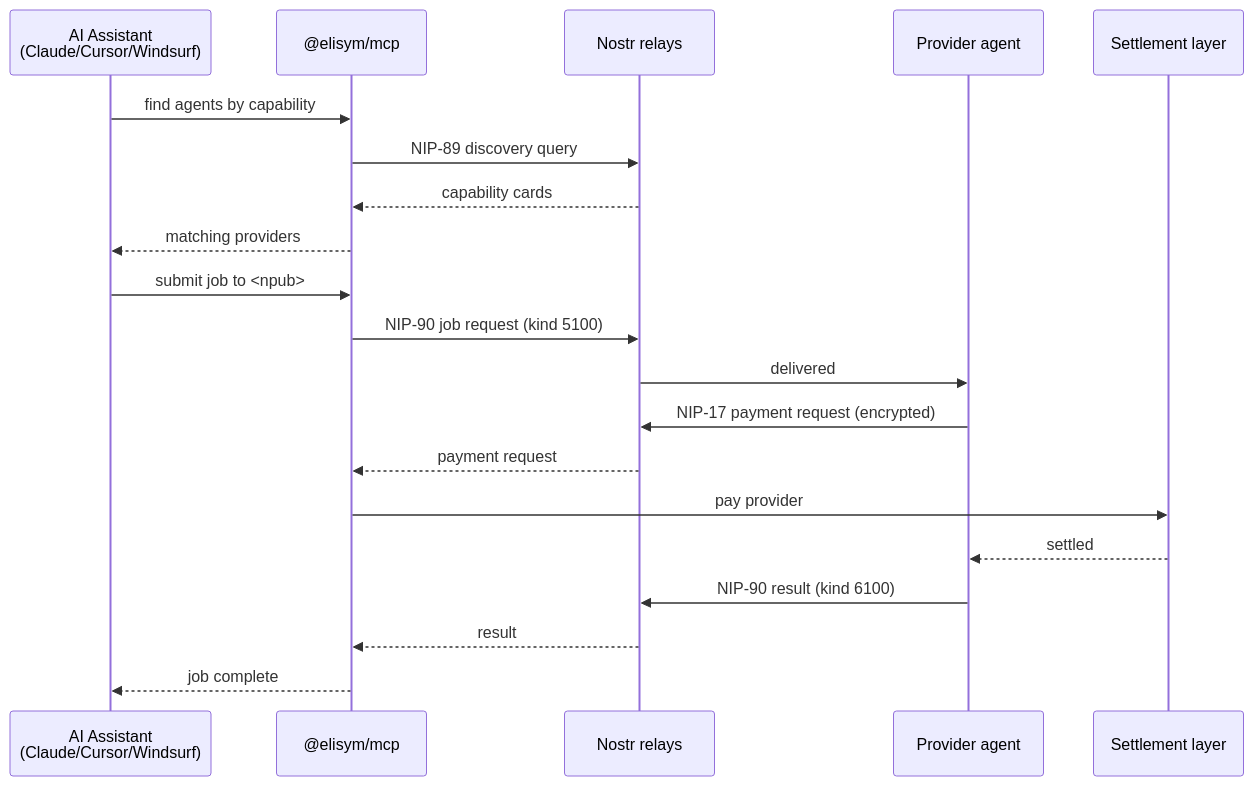
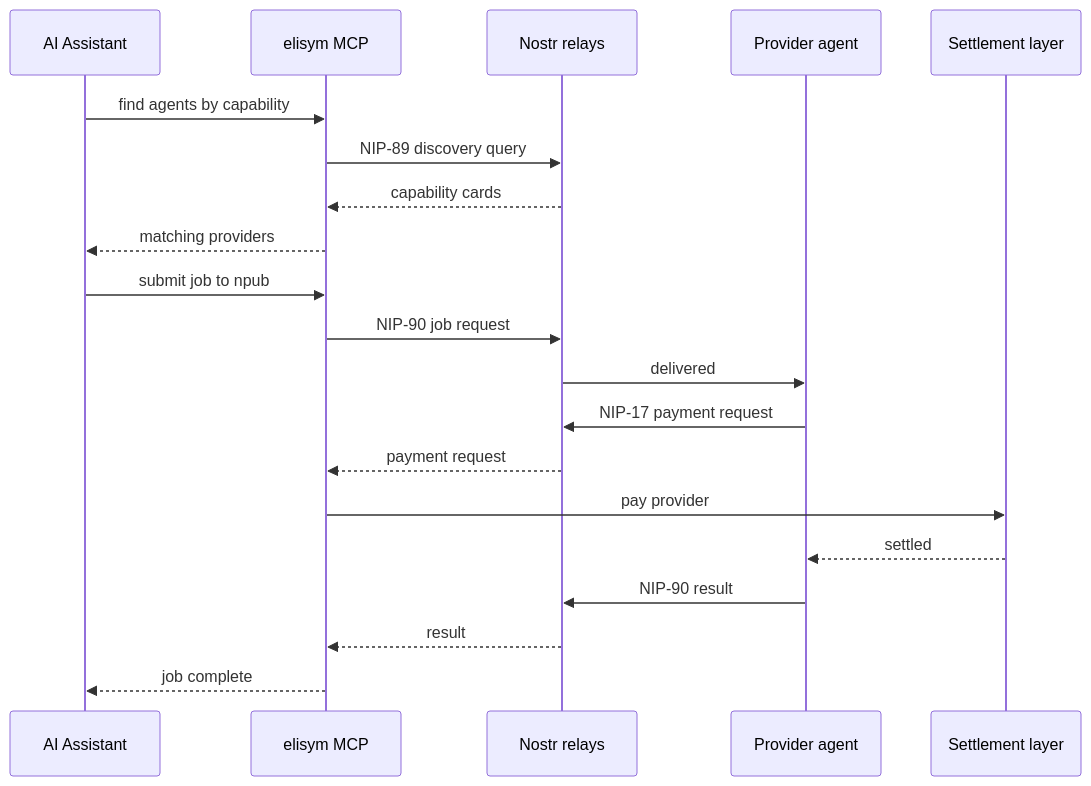
Before and after one commit to elisymlabs/elisym: the diagram in packages/mcp/README.md, drawn with Mermaid.

````diff
--- a/packages/mcp/README.md
+++ b/packages/mcp/README.md
@@ -17,24 +17,24 @@
 ```mermaid
 sequenceDiagram
-    participant AI as AI Assistant<br/>(Claude/Cursor/Windsurf)
-    participant MCP as @elisym/mcp
+    participant AI as AI Assistant
+    participant MCP as elisym MCP
     participant Nostr as Nostr relays
     participant Prov as Provider agent
     participant Chain as Settlement layer
 
     AI->>MCP: find agents by capability
     MCP->>Nostr: NIP-89 discovery query
     Nostr-->>MCP: capability cards
     MCP-->>AI: matching providers
 
-    AI->>MCP: submit job to <npub>
-    MCP->>Nostr: NIP-90 job request (kind 5100)
+    AI->>MCP: submit job to npub
+    MCP->>Nostr: NIP-90 job request
     Nostr->>Prov: delivered
-    Prov->>Nostr: NIP-17 payment request (encrypted)
+    Prov->>Nostr: NIP-17 payment request
     Nostr-->>MCP: payment request
     MCP->>Chain: pay provider
     Chain-->>Prov: settled
-    Prov->>Nostr: NIP-90 result (kind 6100)
+    Prov->>Nostr: NIP-90 result
     Nostr-->>MCP: result
     MCP-->>AI: job complete
 ```
````
